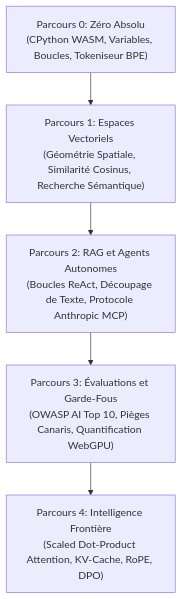
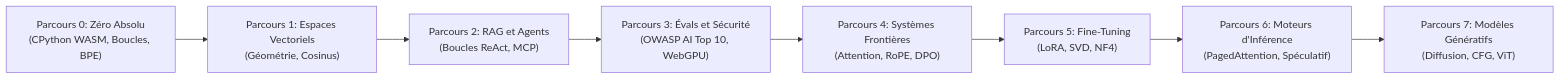
One commit to Adilrafiq001/OpenGuideForAI changed the diagram in docs/translations/README_fr.md. Above: the diagram before and after it, drawn with Mermaid. The commit also changed other lines of this file and 45 other files, not shown here.

````diff
--- a/docs/translations/README_fr.md
+++ b/docs/translations/README_fr.md
@@ -98,10 +98,13 @@
 ```mermaid
-graph TD
-    T0["Parcours 0: Zéro Absolu<br/>(CPython WASM, Variables, Boucles, Tokeniseur BPE)"]
-    T1["Parcours 1: Espaces Vectoriels<br/>(Géométrie Spatiale, Similarité Cosinus, Recherche Sémantique)"]
-    T2["Parcours 2: RAG et Agents Autonomes<br/>(Boucles ReAct, Découpage de Texte, Protocole Anthropic MCP)"]
-    T3["Parcours 3: Évaluations et Garde-Fous<br/>(OWASP AI Top 10, Pièges Canaris, Quantification WebGPU)"]
-    T4["Parcours 4: Intelligence Frontière<br/>(Scaled Dot-Product Attention, KV-Cache, RoPE, DPO)"]
+graph LR
+    T0["Parcours 0: Zéro Absolu<br/>(CPython WASM, Boucles, BPE)"]
+    T1["Parcours 1: Espaces Vectoriels<br/>(Géométrie, Cosinus)"]
+    T2["Parcours 2: RAG et Agents<br/>(Boucles ReAct, MCP)"]
+    T3["Parcours 3: Évals et Sécurité<br/>(OWASP AI Top 10, WebGPU)"]
+    T4["Parcours 4: Systèmes Frontières<br/>(Attention, RoPE, DPO)"]
+    T5["Parcours 5: Fine-Tuning<br/>(LoRA, SVD, NF4)"]
+    T6["Parcours 6: Moteurs d'Inférence<br/>(PagedAttention, Spéculatif)"]
+    T7["Parcours 7: Modèles Génératifs<br/>(Diffusion, CFG, ViT)"]
 
-    T0 --> T1 --> T2 --> T3 --> T4
+    T0 --> T1 --> T2 --> T3 --> T4 --> T5 --> T6 --> T7
 ```
````
